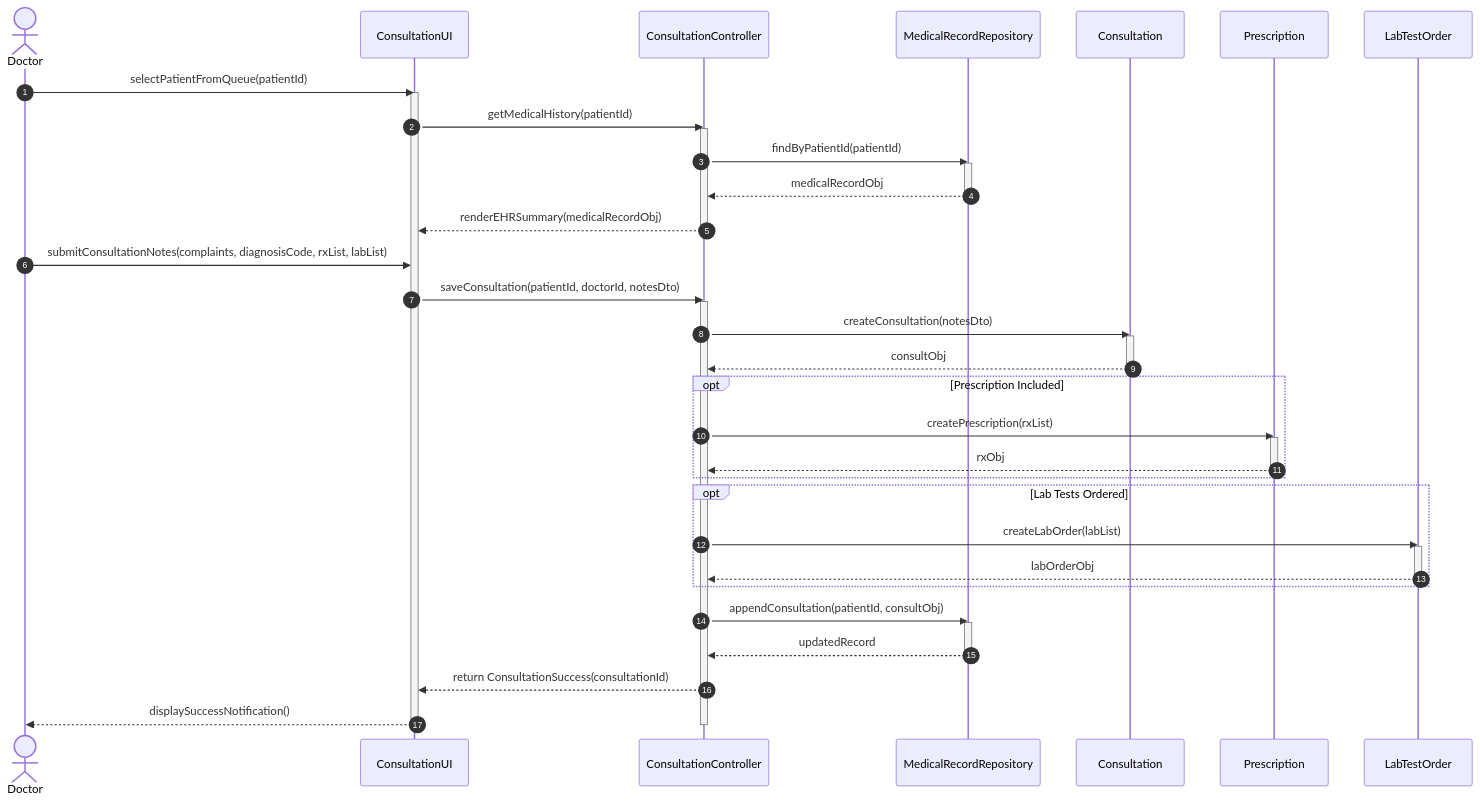
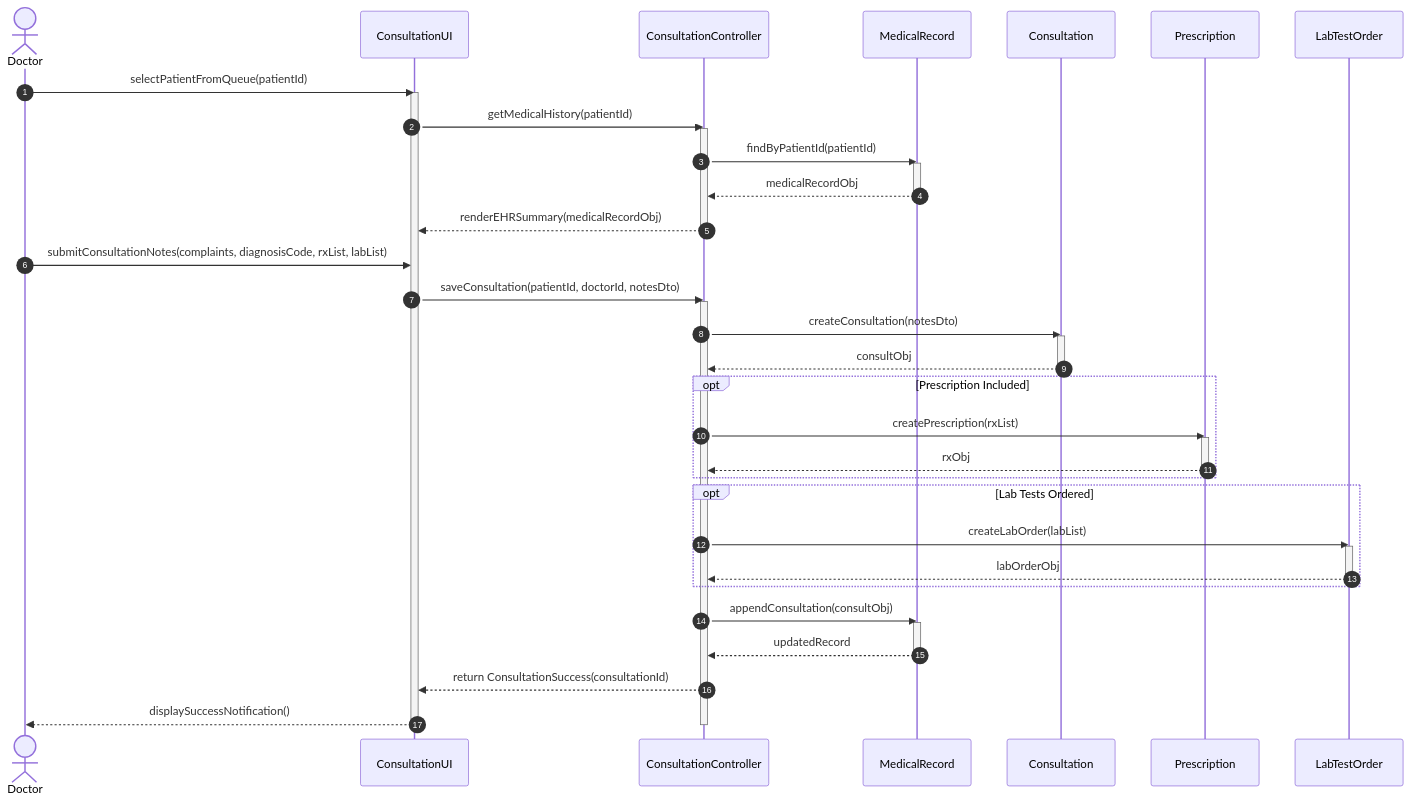
One commit to saipraveen-k/Smart-Hospital-Management-System---UML changed the diagram in experiment-06/detailed-sequence-diagrams/dsd-03-doctor-consultation.mmd. Above: the diagram before and after it, drawn with Mermaid. The commit also changed 11 other files, not shown here.

Commit message:
docs: add actor definitions, use case diagrams, and detailed sequence diagrams for the Smart Hospital Management System.

```diff
--- a/experiment-06/detailed-sequence-diagrams/dsd-03-doctor-consultation.mmd
+++ b/experiment-06/detailed-sequence-diagrams/dsd-03-doctor-consultation.mmd
@@ -1,52 +1,52 @@
 sequenceDiagram
     autonumber
     actor Doctor as Doctor
     participant UI as ConsultationUI
     participant Ctrl as ConsultationController
-    participant MedRecRepo as MedicalRecordRepository
+    participant MedRecEntity as MedicalRecord
     participant ConsultEntity as Consultation
     participant RxEntity as Prescription
     participant LabOrderEntity as LabTestOrder
 
     Doctor->>UI: selectPatientFromQueue(patientId)
     activate UI
     UI->>Ctrl: getMedicalHistory(patientId)
     activate Ctrl
-    Ctrl->>MedRecRepo: findByPatientId(patientId)
-    activate MedRecRepo
-    MedRecRepo-->>Ctrl: medicalRecordObj
-    deactivate MedRecRepo
+    Ctrl->>MedRecEntity: findByPatientId(patientId)
+    activate MedRecEntity
+    MedRecEntity-->>Ctrl: medicalRecordObj
+    deactivate MedRecEntity
     Ctrl-->>UI: renderEHRSummary(medicalRecordObj)
     deactivate Ctrl
 
     Doctor->>UI: submitConsultationNotes(complaints, diagnosisCode, rxList, labList)
     UI->>Ctrl: saveConsultation(patientId, doctorId, notesDto)
     activate Ctrl
     Ctrl->>ConsultEntity: createConsultation(notesDto)
     activate ConsultEntity
     ConsultEntity-->>Ctrl: consultObj
     deactivate ConsultEntity
 
     opt Prescription Included
         Ctrl->>RxEntity: createPrescription(rxList)
         activate RxEntity
         RxEntity-->>Ctrl: rxObj
         deactivate RxEntity
     end
 
     opt Lab Tests Ordered
         Ctrl->>LabOrderEntity: createLabOrder(labList)
         activate LabOrderEntity
         LabOrderEntity-->>Ctrl: labOrderObj
         deactivate LabOrderEntity
     end
 
-    Ctrl->>MedRecRepo: appendConsultation(patientId, consultObj)
-    activate MedRecRepo
-    MedRecRepo-->>Ctrl: updatedRecord
-    deactivate MedRecRepo
+    Ctrl->>MedRecEntity: appendConsultation(consultObj)
+    activate MedRecEntity
+    MedRecEntity-->>Ctrl: updatedRecord
+    deactivate MedRecEntity
 
     Ctrl-->>UI: return ConsultationSuccess(consultationId)
     UI-->>Doctor: displaySuccessNotification()
     deactivate Ctrl
     deactivate UI
```
